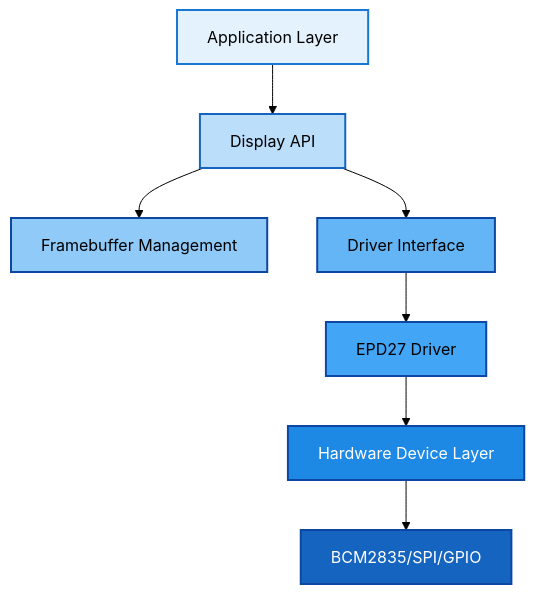
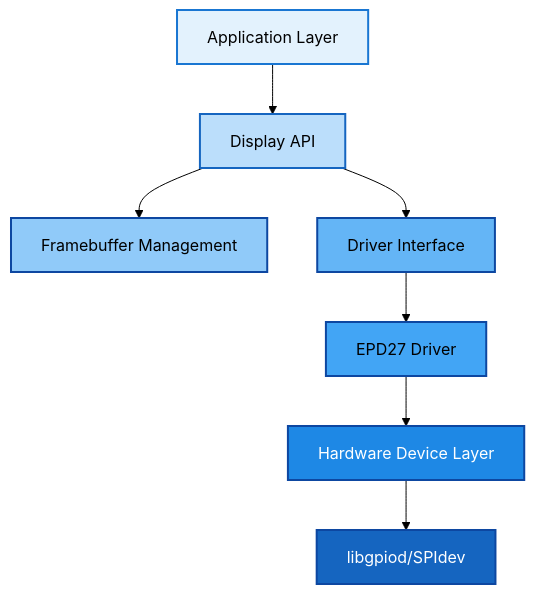
One commit to johanns/libepaper changed the first of 12 diagrams in docs/ARCHITECTURE.md. Above: the diagram before and after it, drawn with Mermaid (forest theme). The commit also changed other lines of this file and 18 other files, not shown here.

First line of the commit message:
refactor: migrate from BCM2835 to libgpiod and SPIdev for GPIO/SPI access

````diff
--- a/docs/ARCHITECTURE.md
+++ b/docs/ARCHITECTURE.md
@@ -54,17 +54,17 @@
 ```mermaid
 graph TD
     A[Application Layer] --> B[Display API]
     B --> C[Framebuffer Management]
     B --> D[Driver Interface]
     D --> E[EPD27 Driver]
     E --> F[Hardware Device Layer]
-    F --> G[BCM2835/SPI/GPIO]
+    F --> G[libgpiod/SPIdev]
 
     style A fill:#e3f2fd,stroke:#1976d2,stroke-width:2px,color:#000
     style B fill:#bbdefb,stroke:#1565c0,stroke-width:2px,color:#000
     style C fill:#90caf9,stroke:#0d47a1,stroke-width:2px,color:#000
     style D fill:#64b5f6,stroke:#0d47a1,stroke-width:2px,color:#000
     style E fill:#42a5f5,stroke:#0d47a1,stroke-width:2px,color:#000
     style F fill:#1e88e5,stroke:#0d47a1,stroke-width:2px,color:#fff
     style G fill:#1565c0,stroke:#0d47a1,stroke-width:2px,color:#fff
 ```
````
